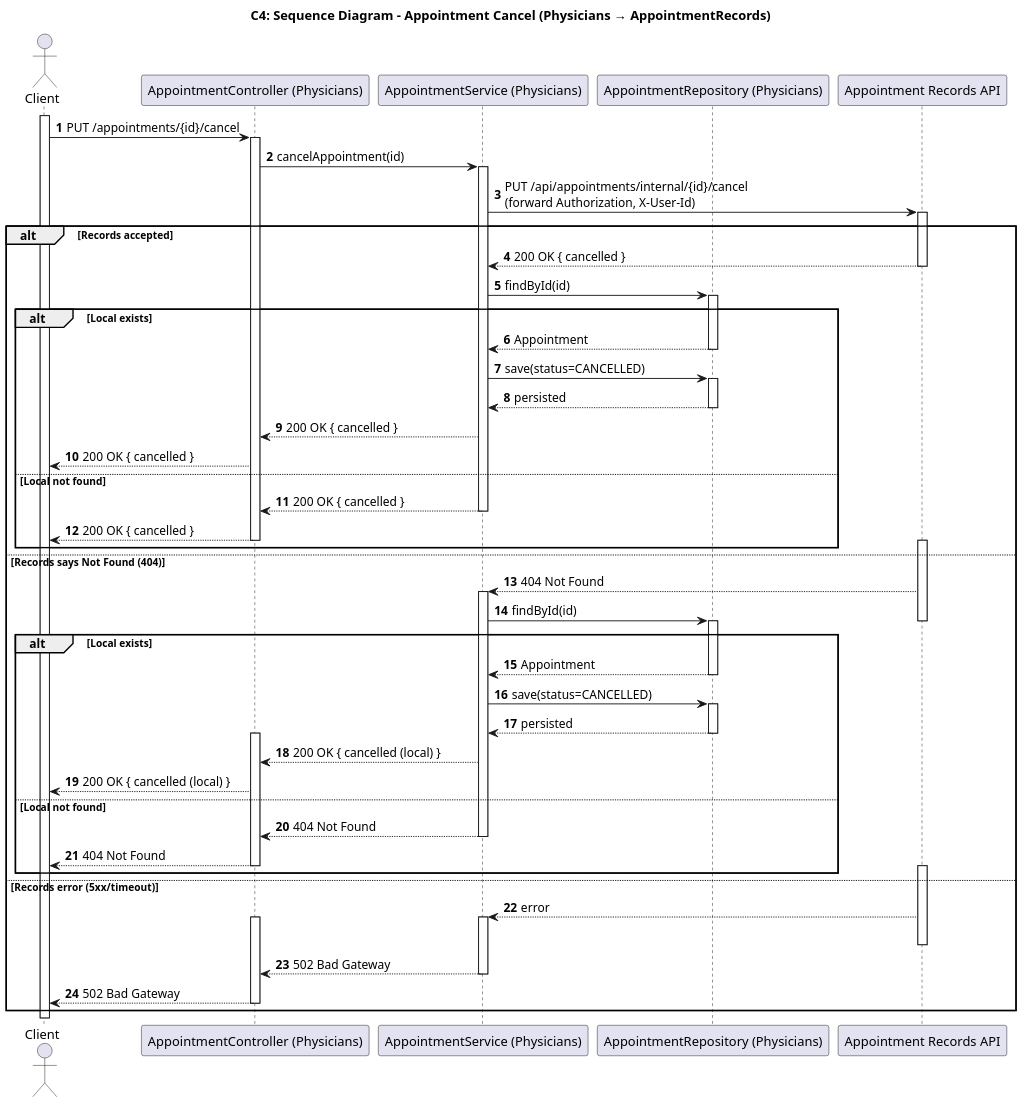
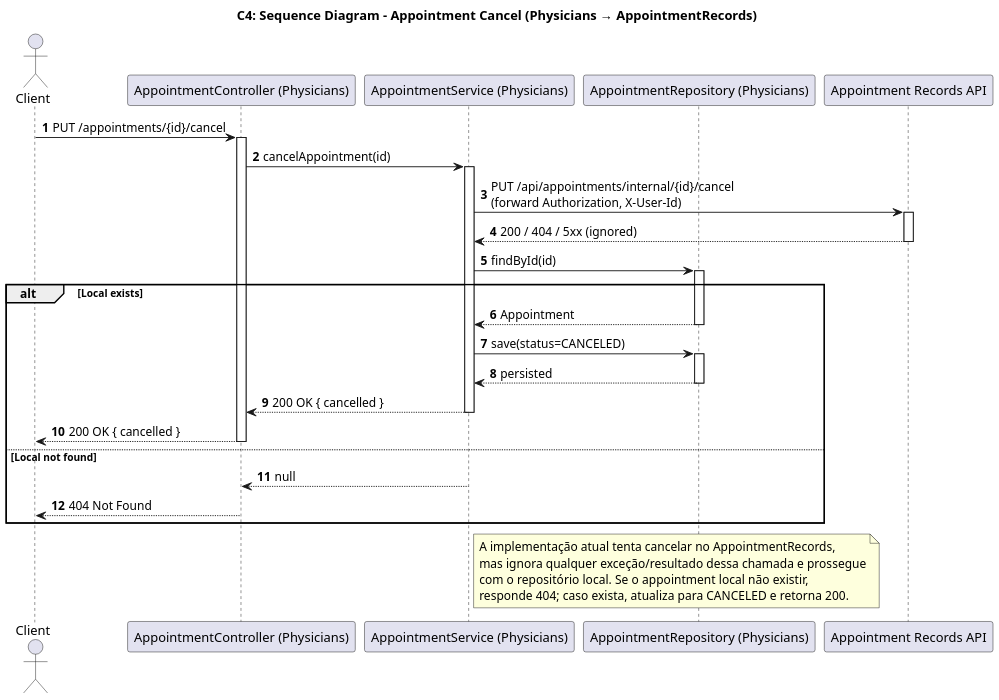
The diagram in DOCS/C4+1/C4+1-AppointmentCancel-Sequence.puml (pedrods05/LETI_SIDIS_3DA_6), drawn with PlantUML before and after one commit. The commit also changed 8 other files, not shown here.

Commit message:
diagramas

```diff
--- a/DOCS/C4+1/C4+1-AppointmentCancel-Sequence.puml
+++ b/DOCS/C4+1/C4+1-AppointmentCancel-Sequence.puml
@@ -1,82 +1,52 @@
 @startuml
-' C4+1 — Appointment cancel SD (layered)
+' C4+1 — Appointment cancel SD (alinhado com implementação atual)
 skinparam dpi 150
 skinparam shadowing false
 skinparam DefaultFontName Arial
 
 title C4: Sequence Diagram - Appointment Cancel (Physicians → AppointmentRecords)
 
 actor Client
 participant "AppointmentController (Physicians)" as Controller
 participant "AppointmentService (Physicians)" as Service
 participant "AppointmentRepository (Physicians)" as Repo
 participant "Appointment Records API" as Records
-    activate Client
+
 autonumber
-    Client -> Controller : PUT /appointments/{id}/cancel
-    activate Controller
-    Controller -> Service : cancelAppointment(id)
-    activate Service
-    Service -> Records : PUT /api/appointments/internal/{id}/cancel\n(forward Authorization, X-User-Id)
-    activate Records
-    alt Records accepted
-    Records --> Service : 200 OK { cancelled }
-    deactivate Records
-    Service -> Repo : findById(id)
-     activate Repo
-    alt Local exists
-    Repo --> Service : Appointment
-    deactivate Repo
-    Service -> Repo : save(status=CANCELLED)
-    activate Repo
-    Repo --> Service : persisted
-    deactivate Repo
-    Service --> Controller : 200 OK { cancelled }
-    Controller --> Client : 200 OK { cancelled }
+Client -> Controller : PUT /appointments/{id}/cancel
+activate Controller
+Controller -> Service : cancelAppointment(id)
+activate Service
+Service -> Records : PUT /api/appointments/internal/{id}/cancel\n(forward Authorization, X-User-Id)
+activate Records
+Records --> Service : 200 / 404 / 5xx (ignored)
+deactivate Records
+Service -> Repo : findById(id)
+activate Repo
+alt Local exists
+  Repo --> Service : Appointment
+  deactivate Repo
+  Service -> Repo : save(status=CANCELED)
+  activate Repo
+  Repo --> Service : persisted
+  deactivate Repo
+  Service --> Controller : 200 OK { cancelled }
+  deactivate Service
+  Controller --> Client : 200 OK { cancelled }
+  deactivate Controller
+else Local not found
+  deactivate Repo
+  Service --> Controller : null
+  deactivate Service
+  Controller --> Client : 404 Not Found
+  deactivate Controller
+end
 
-    else Local not found
-    ' no local row: still return 200 based on records
-    deactivate Repo
-    Service --> Controller : 200 OK { cancelled }
-    deactivate Service
-    Controller --> Client : 200 OK { cancelled }
-    deactivate Controller
-    activate Records
-    end
-    else Records says Not Found (404)
-    Records --> Service : 404 Not Found
-    ' Fallback: local-only cancel if exists
-    activate Service
-    Service -> Repo : findById(id)
-    deactivate Records
-    activate Repo
-    alt Local exists
-    Repo --> Service : Appointment
-    deactivate Repo
-    Service -> Repo : save(status=CANCELLED)
-    activate Repo
-    Repo --> Service : persisted
-    deactivate Repo
-    activate Controller
-    Service --> Controller : 200 OK { cancelled (local) }
-    Controller --> Client : 200 OK { cancelled (local) }
-    else Local not found
-    ' no explicit null return
-    deactivate Repo
-    Service --> Controller : 404 Not Found
-    deactivate Service
-    Controller --> Client : 404 Not Found
-    deactivate Controller
-    activate Records
-    end
-    else Records error (5xx/timeout)
-    Records --> Service : error
-    activate Service
-    deactivate Records
-    activate Controller
-    Service --> Controller : 502 Bad Gateway
-    deactivate Service
-    Controller --> Client : 502 Bad Gateway
-    deactivate Controller
-    end
+note right of Service
+A implementação atual tenta cancelar no AppointmentRecords,
+mas ignora qualquer exceção/resultado dessa chamada e prossegue
+com o repositório local. Se o appointment local não existir,
+responde 404; caso exista, atualiza para CANCELED e retorna 200.
+end note
+
 @enduml
```
